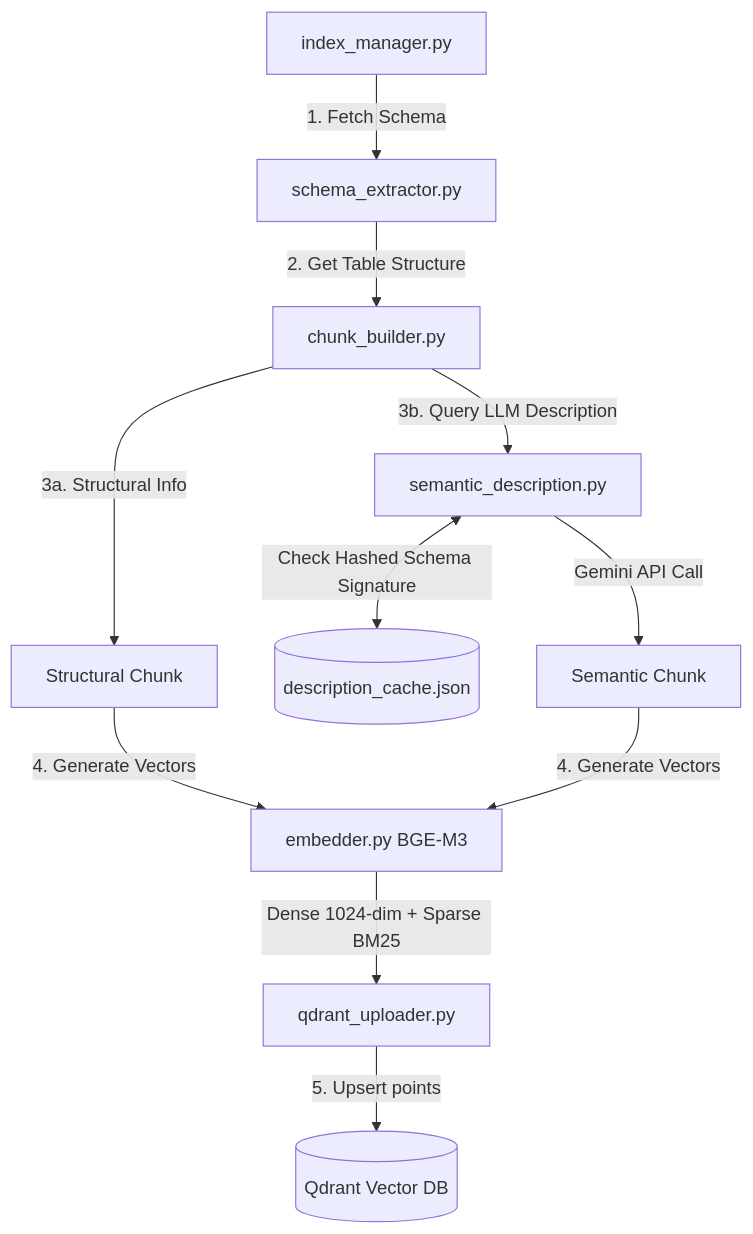
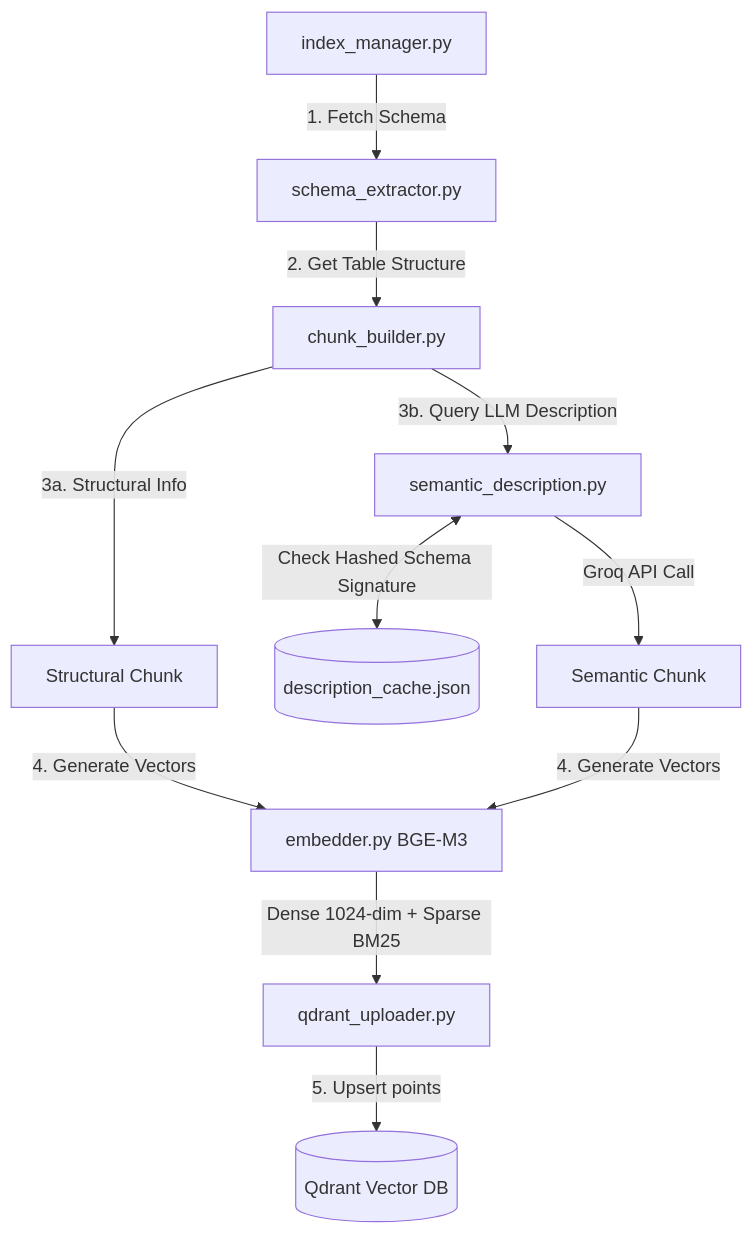
The diagram in indexing/README.md (nakul-cloud/ai-sql-assistant), drawn with Mermaid before and after one commit. The commit also changed other lines of this file and 4 other files, not shown here.

````diff
--- a/indexing/README.md
+++ b/indexing/README.md
@@ -9,16 +9,16 @@
 ```mermaid
 flowchart TD
     IndexMgr[index_manager.py] -->|1. Fetch Schema| Extractor[schema_extractor.py]
     Extractor -->|2. Get Table Structure| ChunkBuilder[chunk_builder.py]
     
     ChunkBuilder -->|3a. Structural Info| StructChunk[Structural Chunk]
     ChunkBuilder -->|3b. Query LLM Description| SemDesc[semantic_description.py]
     SemDesc <-->|Check Hashed Schema Signature| Cache[(description_cache.json)]
-    SemDesc -->|Gemini API Call| SemChunk[Semantic Chunk]
+    SemDesc -->|Groq API Call| SemChunk[Semantic Chunk]
     
     StructChunk -->|4. Generate Vectors| Embedder[embedder.py BGE-M3]
     SemChunk -->|4. Generate Vectors| Embedder
     
     Embedder -->|Dense 1024-dim + Sparse BM25| Uploader[qdrant_uploader.py]
     Uploader -->|5. Upsert points| Qdrant[(Qdrant Vector DB)]
 ```
````
